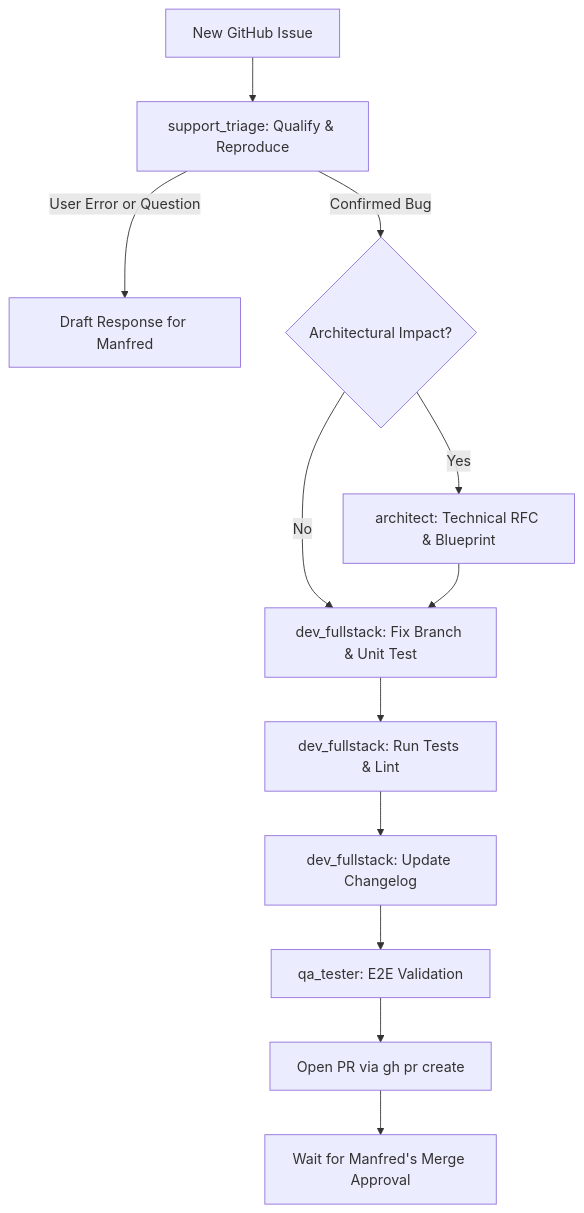
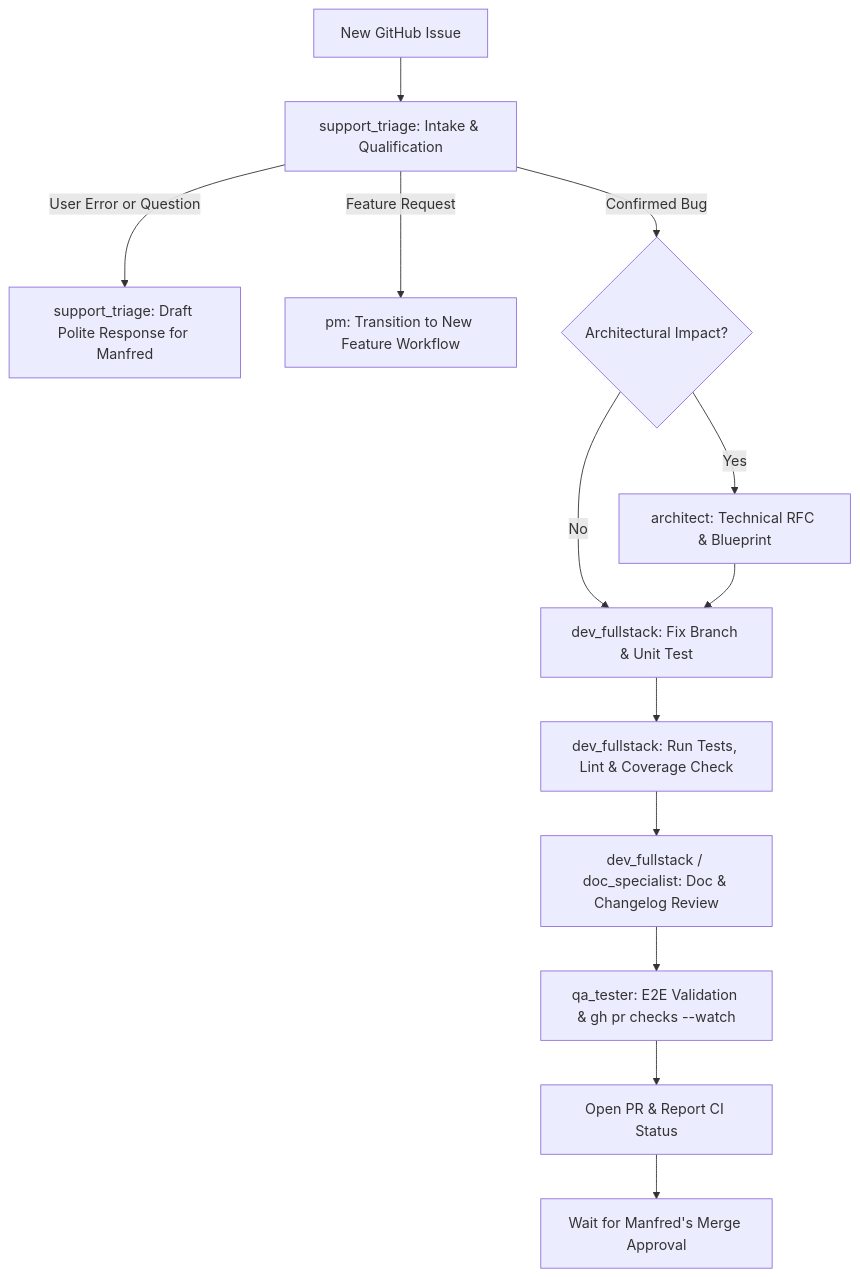
Before and after one commit to getwud/wud: the diagram in .agents/workflows/issue_resolution.md, drawn with Mermaid. The commit also changed other lines of this file and 8 other files, not shown here.

Commit message:
🚀 [DEV] Refine multi-agent personas with safe commands, coverage gates, and backward compatibility

````diff
--- a/.agents/workflows/issue_resolution.md
+++ b/.agents/workflows/issue_resolution.md
@@ -16,14 +18,15 @@
 ```mermaid
 flowchart TD
-    A[New GitHub Issue] --> B[support_triage: Qualify & Reproduce]
-    B -->|User Error or Question| C[Draft Response for Manfred]
-    B -->|Confirmed Bug| D{Architectural Impact?}
-    D -->|Yes| E[architect: Technical RFC & Blueprint]
-    D -->|No| F[dev_fullstack: Fix Branch & Unit Test]
-    E --> F
-    F --> G[dev_fullstack: Run Tests & Lint]
-    G --> H[dev_fullstack: Update Changelog]
-    H --> I[qa_tester: E2E Validation]
-    I --> J[Open PR via gh pr create]
-    J --> K[Wait for Manfred's Merge Approval]
+    A[New GitHub Issue] --> B[support_triage: Intake & Qualification]
+    B -->|User Error or Question| C[support_triage: Draft Polite Response for Manfred]
+    B -->|Feature Request| D[pm: Transition to New Feature Workflow]
+    B -->|Confirmed Bug| E{Architectural Impact?}
+    E -->|Yes| F[architect: Technical RFC & Blueprint]
+    E -->|No| G[dev_fullstack: Fix Branch & Unit Test]
+    F --> G
+    G --> H[dev_fullstack: Run Tests, Lint & Coverage Check]
+    H --> I[dev_fullstack / doc_specialist: Doc & Changelog Review]
+    I --> J[qa_tester: E2E Validation & gh pr checks --watch]
+    J --> K[Open PR & Report CI Status]
+    K --> L[Wait for Manfred's Merge Approval]
 ```
````
